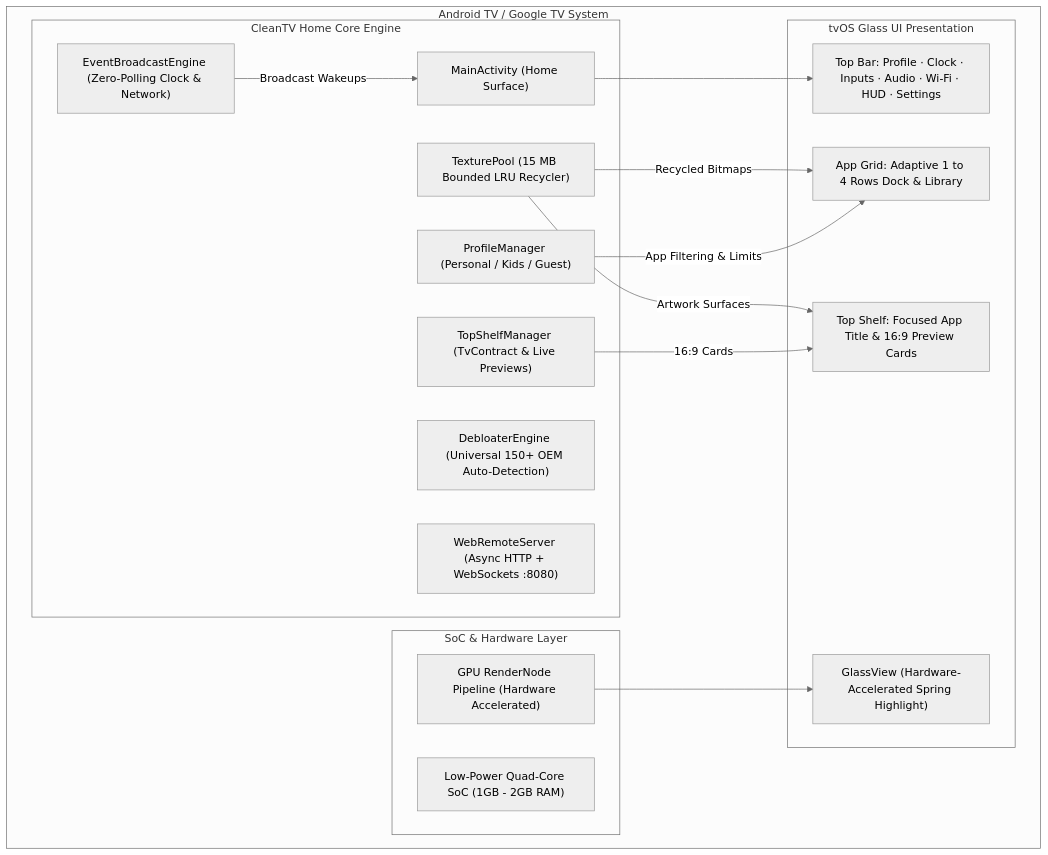
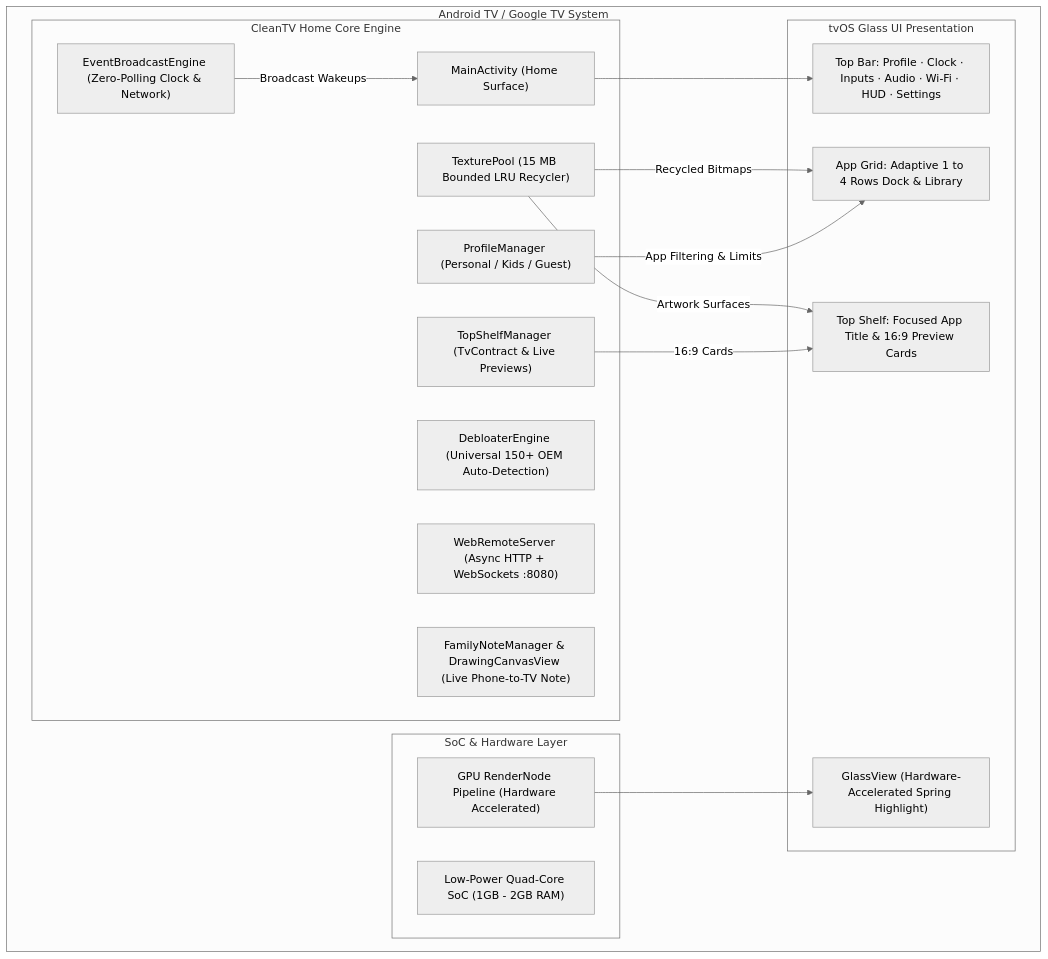
The first of 6 diagrams in README.md (Rishisharma029/CleanTV-Home), drawn with Mermaid (neutral theme) before and after one commit. The commit also changed other lines of this file and 10 other files, not shown here.

Commit message:
feat(canvas): add real-time phone-to-TV drawing canvas with live sync and persistence

````diff
--- a/README.md
+++ b/README.md
@@ -41,34 +41,35 @@
 ```mermaid
 flowchart TD
     subgraph TV["Android TV / Google TV System"]
         subgraph Hardware["SoC & Hardware Layer"]
             CPU["Low-Power Quad-Core SoC (1GB - 2GB RAM)"]
             GPU["GPU RenderNode Pipeline (Hardware Accelerated)"]
         end
 
         subgraph CoreEngine["CleanTV Home Core Engine"]
             MainActivity["MainActivity (Home Surface)"]
             EventEngine["EventBroadcastEngine (Zero-Polling Clock & Network)"]
             TextureEngine["TexturePool (15 MB Bounded LRU Recycler)"]
             ProfileEngine["ProfileManager (Personal / Kids / Guest)"]
             DebloatEngine["DebloaterEngine (Universal 150+ OEM Auto-Detection)"]
             ShelfEngine["TopShelfManager (TvContract & Live Previews)"]
             WebRemote["WebRemoteServer (Async HTTP + WebSockets :8080)"]
+            FamilyNote["FamilyNoteManager & DrawingCanvasView (Live Phone-to-TV Note)"]
         end
 
         subgraph UI["tvOS Glass UI Presentation"]
             TopBar["Top Bar: Profile · Clock · Inputs · Audio · Wi-Fi · HUD · Settings"]
             TopShelf["Top Shelf: Focused App Title & 16:9 Preview Cards"]
             AppGrid["App Grid: Adaptive 1 to 4 Rows Dock & Library"]
             GlassHighlight["GlassView (Hardware-Accelerated Spring Highlight)"]
         end
     end
 
     EventEngine -->|"Broadcast Wakeups"| MainActivity
     TextureEngine -->|"Recycled Bitmaps"| AppGrid
     TextureEngine -->|"Artwork Surfaces"| TopShelf
     ProfileEngine -->|"App Filtering & Limits"| AppGrid
     ShelfEngine -->|"16:9 Cards"| TopShelf
     MainActivity --> TopBar
     GPU --> GlassHighlight
 ```
````
